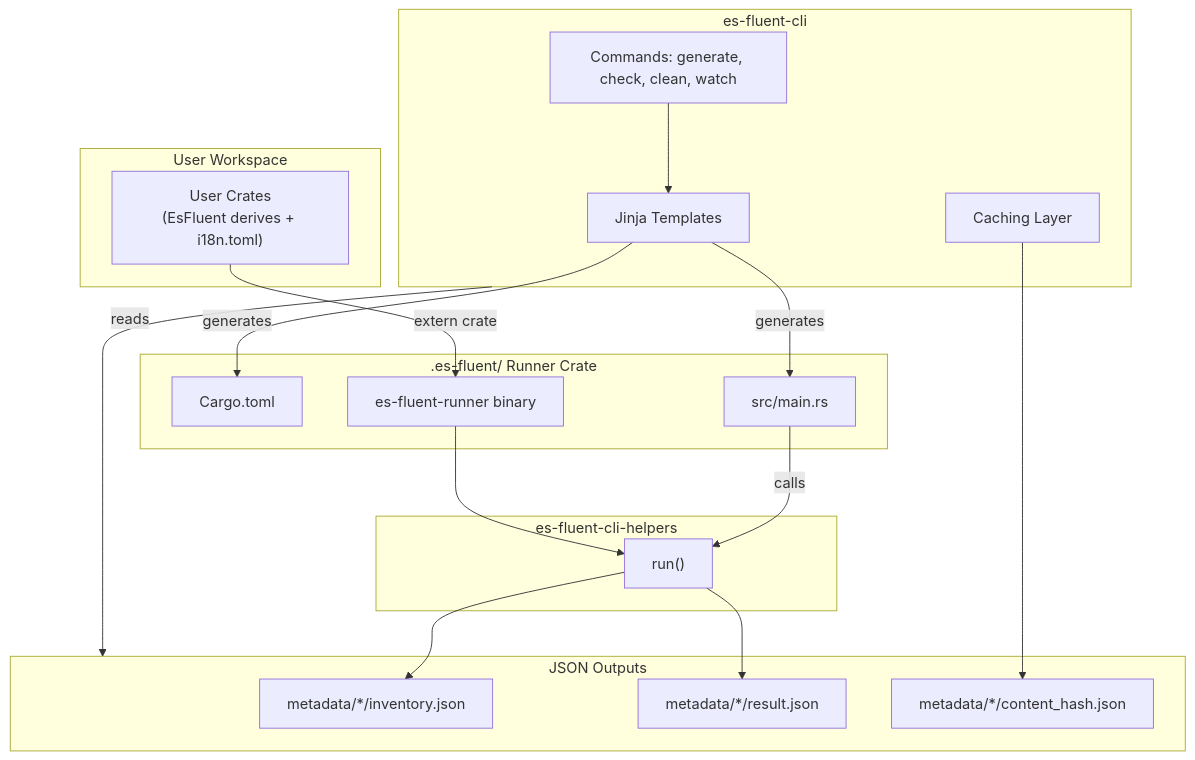
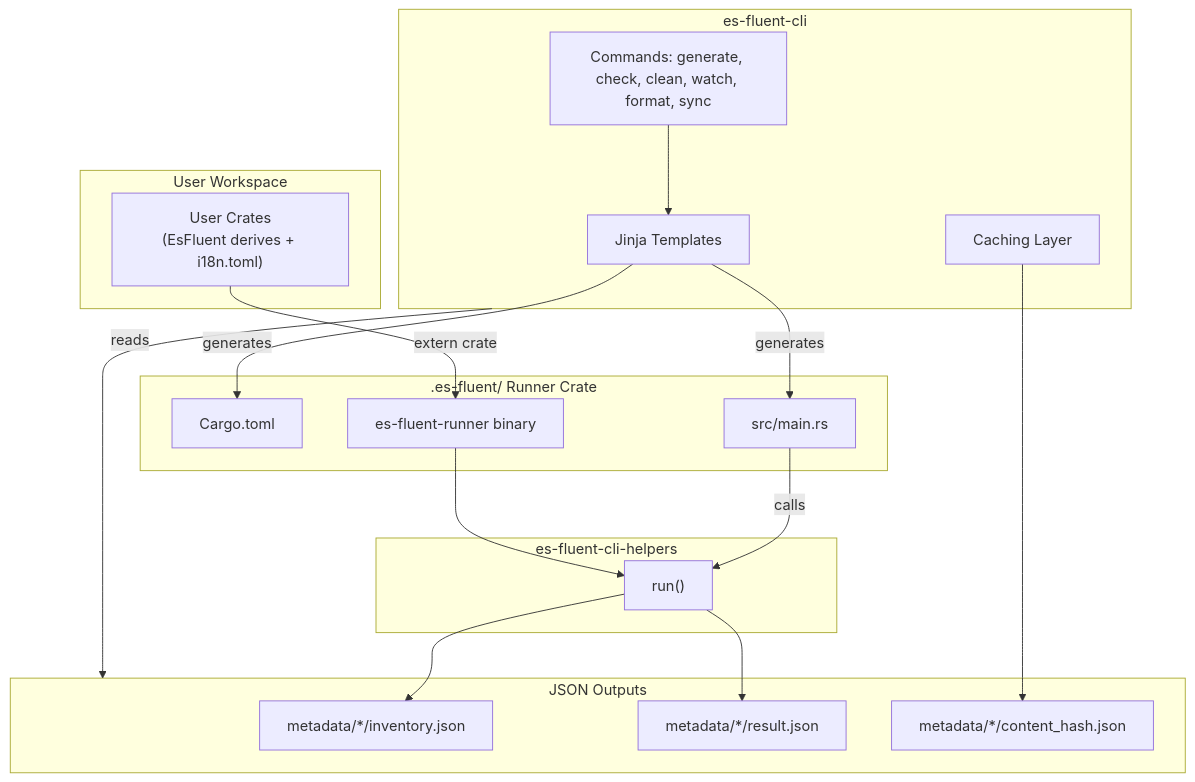
Before and after one commit to stayhydated/es-fluent: the first of 3 diagrams in crates/es-fluent-cli/docs/ARCHITECTURE.md, drawn with Mermaid. The commit also changed other lines of this file and 25 other files, not shown here.

````diff
--- a/crates/es-fluent-cli/docs/ARCHITECTURE.md
+++ b/crates/es-fluent-cli/docs/ARCHITECTURE.md
@@ -11,38 +11,38 @@
 ```mermaid
 flowchart TD
     subgraph USER["User Workspace"]
         UC["User Crates<br/>(EsFluent derives + i18n.toml)"]
     end
 
     subgraph CLI["es-fluent-cli"]
-        CMD[Commands: generate, check, clean, watch]
+        CMD[Commands: generate, check, clean, watch, format, sync]
         JINJA[Jinja Templates]
         CACHE[Caching Layer]
     end
 
     subgraph RUNNER[".es-fluent/ Runner Crate"]
         CARGO[Cargo.toml]
         MAIN[src/main.rs]
         BIN[es-fluent-runner binary]
     end
 
     subgraph HELPERS_BOX["es-fluent-cli-helpers"]
         HELPERS["run()"]
     end
 
     subgraph OUTPUT["JSON Outputs"]
         INV[metadata/*/inventory.json]
         RES[metadata/*/result.json]
         HASH[metadata/*/content_hash.json]
     end
 
     CMD --> JINJA
     JINJA -->|generates| CARGO
     JINJA -->|generates| MAIN
     MAIN -->|calls| HELPERS
     UC -->|extern crate| BIN
     BIN --> HELPERS
     HELPERS --> INV & RES
     CACHE --> HASH
     CLI -->|reads| OUTPUT
 ```
````
